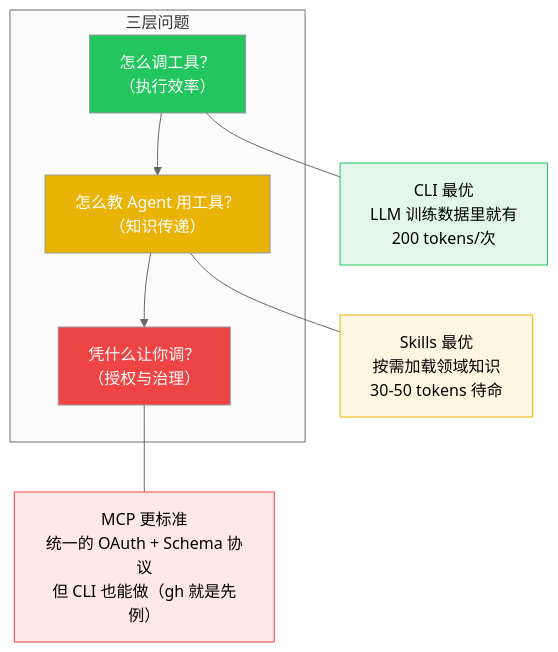
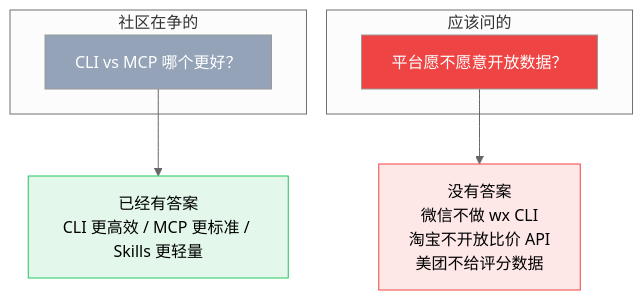
One commit to Trashwbin/quill changed the third of 3 diagrams in content/zh/posts/cli-vs-mcp-vs-skills.md. Above: the diagram before and after it, drawn with Mermaid (neutral theme). The commit also changed other lines of this file and 5 other files, not shown here.

````diff
--- a/content/zh/posts/cli-vs-mcp-vs-skills.md
+++ b/content/zh/posts/cli-vs-mcp-vs-skills.md
@@ -102,21 +202,18 @@
 ```mermaid
 graph TB
-    subgraph "三层问题"
-        L1["怎么调工具？<br/>（执行效率）"]
-        L2["怎么教 Agent 用工具？<br/>（知识传递）"]
-        L3["凭什么让你调？<br/>（授权与治理）"]
+    subgraph "社区在争的"
+        Debate["CLI vs MCP 哪个更好？"]
     end
     
-    L1 --- CLI_sol["CLI 最优<br/>LLM 训练数据里就有<br/>200 tokens/次"]
-    L2 --- Skills_sol["Skills 最优<br/>按需加载领域知识<br/>30-50 tokens 待命"]
-    L3 --- MCP_sol["MCP 更标准<br/>统一的 OAuth + Schema 协议<br/>但 CLI 也能做（gh 就是先例）"]
+    subgraph "应该问的"
+        Real["平台愿不愿意开放数据？"]
+    end
     
-    L1 --> L2 --> L3
+    Debate --> Solved["已经有答案<br/>CLI 更高效 / MCP 更标准 / Skills 更轻量"]
+    Real --> Unsolved["没有答案<br/>微信不做 wx CLI<br/>淘宝不开放比价 API<br/>美团不给评分数据"]
     
-    style L1 fill:#22c55e,color:#fff
-    style L2 fill:#eab308,color:#fff
-    style L3 fill:#ef4444,color:#fff
-    style CLI_sol fill:#22c55e20,stroke:#22c55e
-    style Skills_sol fill:#eab30820,stroke:#eab308
-    style MCP_sol fill:#ef444420,stroke:#ef4444
+    style Debate fill:#94a3b8,color:#fff
+    style Real fill:#ef4444,color:#fff
+    style Solved fill:#22c55e20,stroke:#22c55e
+    style Unsolved fill:#ef444420,stroke:#ef4444
 ```
````
